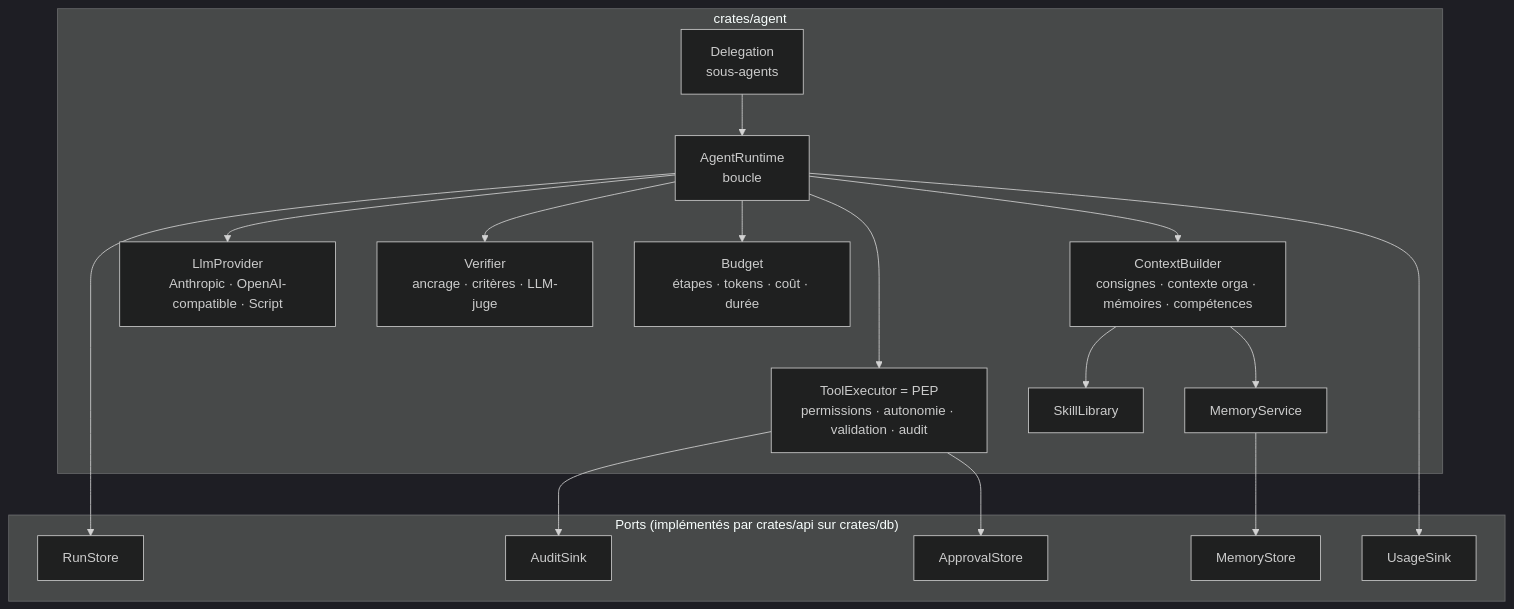
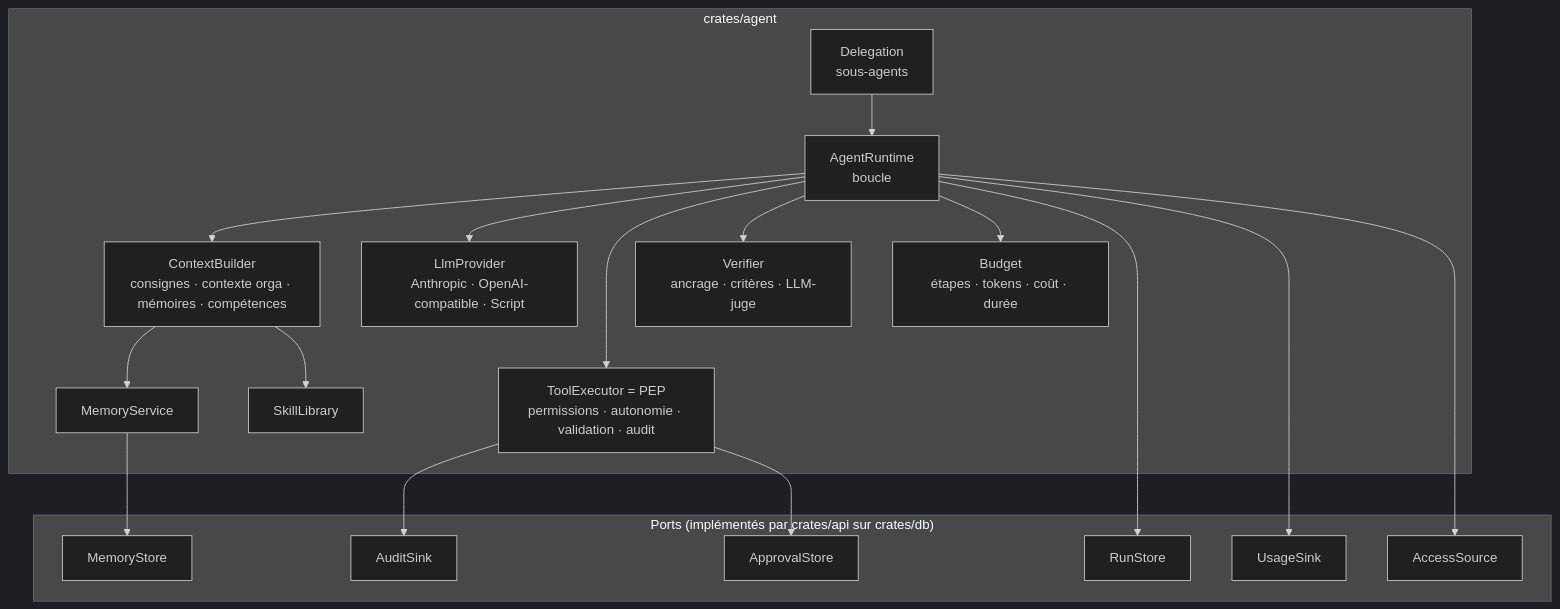
The diagram in docs/AGENT_ENGINE.md (OrizonLab/mimorya), drawn with Mermaid (dark theme) before and after one commit. The commit also changed other lines of this file and 25 other files, not shown here.

````diff
--- a/docs/AGENT_ENGINE.md
+++ b/docs/AGENT_ENGINE.md
@@ -22,27 +22,28 @@
 ```mermaid
 flowchart TB
   subgraph Engine["crates/agent"]
     RT[AgentRuntime<br/>boucle]
     CB[ContextBuilder<br/>consignes · contexte orga · mémoires · compétences]
     PR[LlmProvider<br/>Anthropic · OpenAI-compatible · Script]
     TE[ToolExecutor = PEP<br/>permissions · autonomie · validation · audit]
     VF[Verifier<br/>ancrage · critères · LLM-juge]
     BG[Budget<br/>étapes · tokens · coût · durée]
     MS[MemoryService]
     SK[SkillLibrary]
     DL[Delegation<br/>sous-agents]
   end
   subgraph Ports["Ports (implémentés par crates/api sur crates/db)"]
+    AC[AccessSource]
     RS[RunStore]
     AS[AuditSink]
     AP[ApprovalStore]
     MSt[MemoryStore]
     US[UsageSink]
   end
   RT --> CB & PR & TE & VF & BG
   CB --> MS & SK
   TE --> AS & AP
-  RT --> RS & US
+  RT --> RS & US & AC
   MS --> MSt
   DL --> RT
 ```
````
